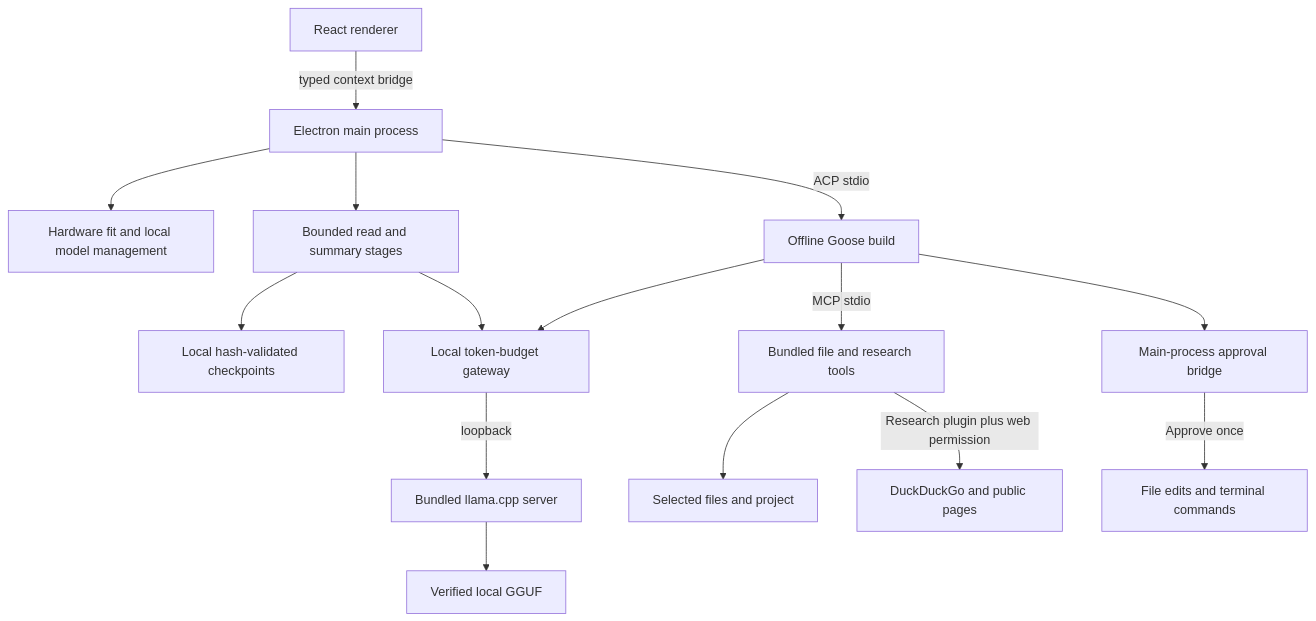
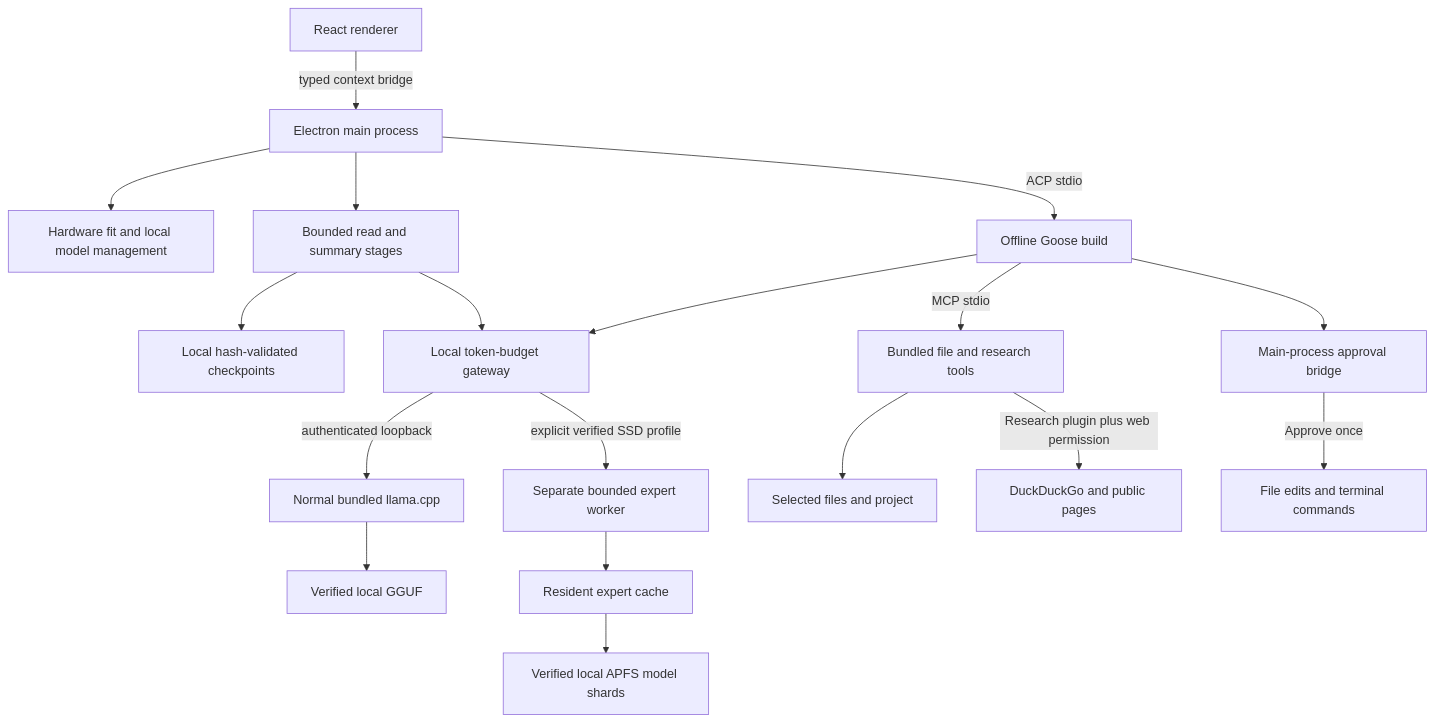
One commit to mahdizareeii/AiAgent changed the diagram in docs/architecture.md. Above: the diagram before and after it, drawn with Mermaid. The commit also changed other lines of this file and 102 other files, not shown here.

````diff
--- a/docs/architecture.md
+++ b/docs/architecture.md
@@ -10,17 +10,20 @@
 ```mermaid
 flowchart TD
   UI[React renderer] -->|typed context bridge| MAIN[Electron main process]
   MAIN --> HARDWARE[Hardware fit and local model management]
   MAIN --> STAGES[Bounded read and summary stages]
   STAGES --> CHECKPOINT[Local hash-validated checkpoints]
   MAIN -->|ACP stdio| GOOSE[Offline Goose build]
   GOOSE --> GATEWAY[Local token-budget gateway]
   STAGES --> GATEWAY
-  GATEWAY -->|loopback| ENGINE[Bundled llama.cpp server]
+  GATEWAY -->|authenticated loopback| ENGINE[Normal bundled llama.cpp]
+  GATEWAY -->|explicit verified SSD profile| SSD[Separate bounded expert worker]
   ENGINE --> WEIGHTS[Verified local GGUF]
+  SSD --> CACHE[Resident expert cache]
+  CACHE --> SHARDS[Verified local APFS model shards]
   GOOSE -->|MCP stdio| READS[Bundled file and research tools]
   READS --> GRANTS[Selected files and project]
   READS -->|Research plugin plus web permission| WEB[DuckDuckGo and public pages]
   GOOSE --> APPROVAL[Main-process approval bridge]
   APPROVAL -->|Approve once| ACTIONS[File edits and terminal commands]
 ```
````
